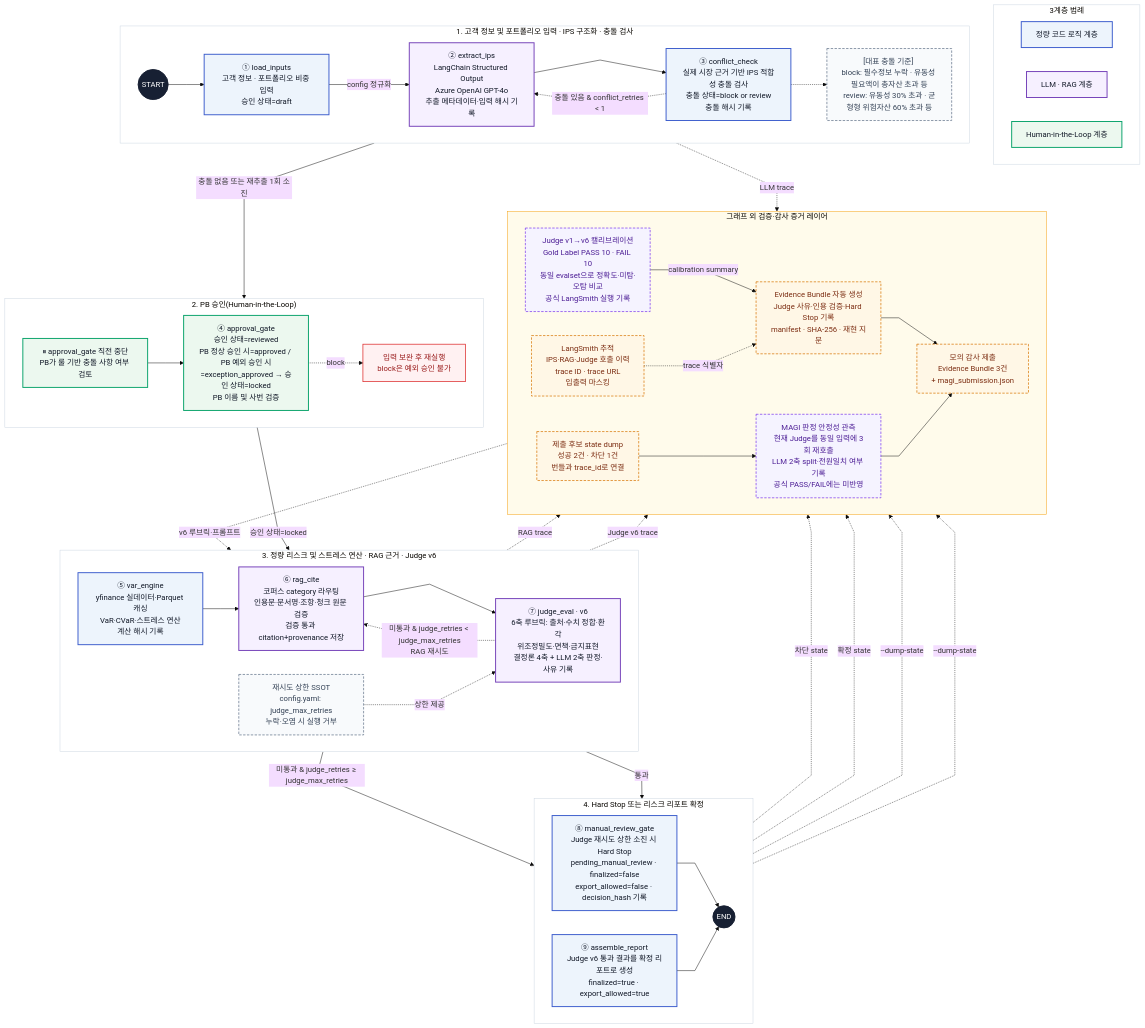
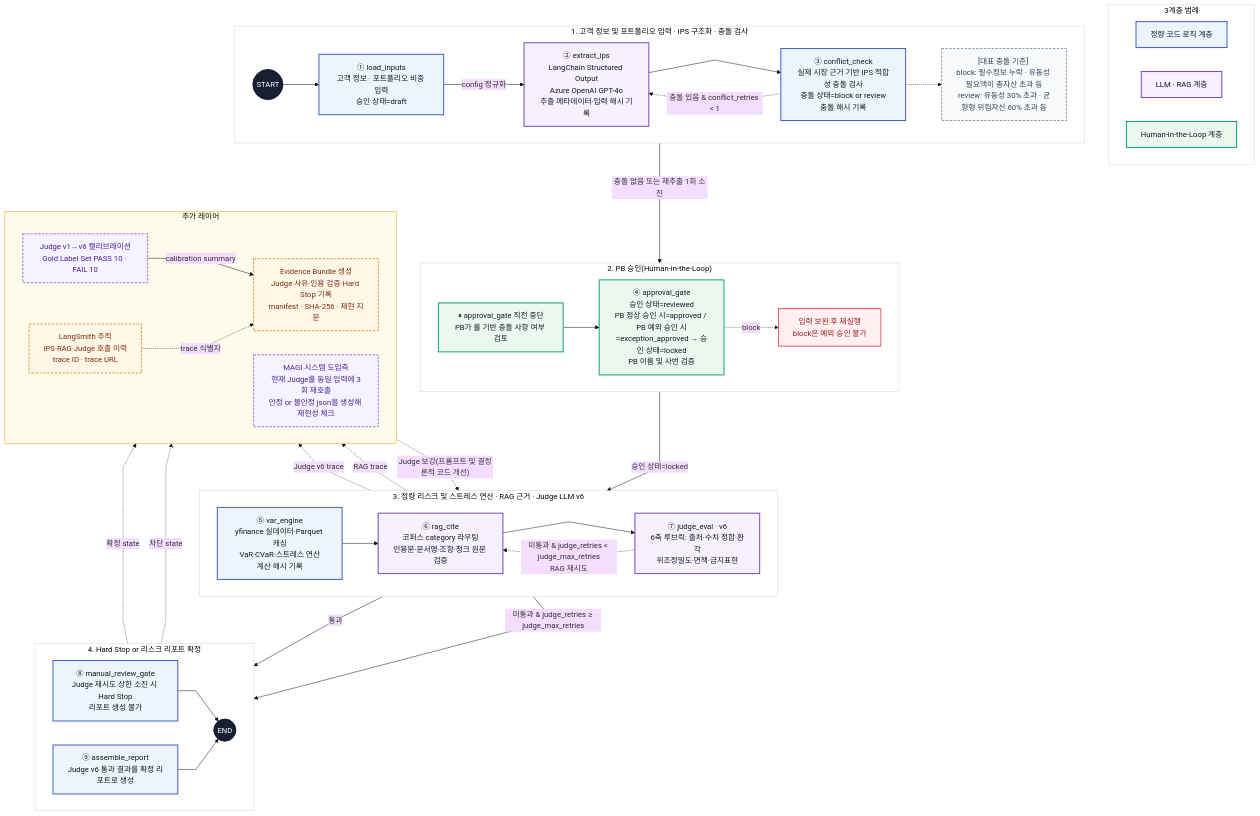
Before and after one commit to SamsungSecurities-YoungCreator-15th-4/S_Hub: the diagram in docs/mermaid.mmd, drawn with Mermaid.

Commit message:
docs: Mermaid 아키텍처 표현 간소화

```diff
--- a/docs/mermaid.mmd
+++ b/docs/mermaid.mmd
@@ -1,123 +1,113 @@
 %%{init: {"theme": "base", "flowchart": {"htmlLabels": true, "curve": "linear"}}}%%
 %% S.ymphony Mermaid 아키텍처
 %% 실제 LangGraph 노드 9개 · 실행 단계 4개 · 아키텍처 계층 3개 · 조건부 루프 2개 · HITL 1개
 %% MAGI·Evidence Bundle·LangSmith는 그래프 밖 감사·관측 레이어이며 런타임 판정을 바꾸지 않음
 flowchart TB
 
     %% 실행 흐름과 분리된 아키텍처 계층 범례
     subgraph LEGEND["3계층 범례"]
         direction LR
         KEY_DET["정량 코드 로직 계층"]
         KEY_LLM["LLM · RAG 계층"]
         KEY_HITL["Human-in-the-Loop 계층"]
     end
 
     %% 1단계: 고객 정보 및 포트폴리오 입력, IPS 구조화, 충돌 검사
     subgraph STEP1["1. 고객 정보 및 포트폴리오 입력 · IPS 구조화 · 충돌 검사"]
         direction LR
         START((START))
         N1["① load_inputs<br/>고객 정보 · 포트폴리오 비중 입력<br/>승인 상태=draft"]
         N2["② extract_ips<br/>LangChain Structured Output<br/>Azure OpenAI GPT-4o<br/>추출 메타데이터·입력 해시 기록"]
         N3["③ conflict_check<br/>실제 시장 근거 기반 IPS 적합성 충돌 검사<br/>충돌 상태=block or review<br/>충돌 해시 기록"]
         CONFLICT["[대표 충돌 기준] <br/>block: 필수정보 누락 · 유동성 필요액이 총자산 초과 등<br/>review: 유동성 30% 초과 · 균형형 위험자산 60% 초과 등"]
 
         START --> N1
         N1 -->|"config 정규화"| N2
         N2 --> N3
         N3 -. "충돌 있음 & conflict_retries < 1" .-> N2
         N3 -.-> CONFLICT
     end
 
     %% 2단계: PB 승인(Human-in-the-Loop)
     subgraph STEP2["2. PB 승인(Human-in-the-Loop)"]
         direction LR
         PAUSE["⏸ approval_gate 직전 중단<br/>PB가 룰 기반 충돌 사항 여부 검토"]
         N4["④ approval_gate<br/>승인 상태=reviewed<br/>PB 정상 승인 시=approved / PB 예외 승인 시=exception_approved → 승인 상태=locked<br/>PB 이름 및 사번 검증"]
         STOP["입력 보완 후 재실행<br/>block은 예외 승인 불가"]
 
         PAUSE --> N4
         N4 -. "block" .-> STOP
     end
 
     %% 3단계: 정량 리스크 엔진, XAI, Judge v6 검증 및 추적
-    subgraph STEP3["3. 정량 리스크 및 스트레스 연산 · RAG 근거 · Judge v6"]
+    subgraph STEP3["3. 정량 리스크 및 스트레스 연산 · RAG 근거 · Judge LLM v6"]
         direction LR
         N5["⑤ var_engine<br/>yfinance 실데이터·Parquet 캐싱<br/>VaR·CVaR·스트레스 연산<br/>계산 해시 기록"]
-        N6["⑥ rag_cite<br/>코퍼스 category 라우팅<br/>인용문·문서명·조항·청크 원문 검증<br/>검증 통과 citation+provenance 저장"]
-        N7["⑦ judge_eval · v6<br/>6축 루브릭: 출처·수치 정합·환각<br/>위조정밀도·면책·금지표현<br/>결정론 4축 + LLM 2축 판정·사유 기록"]
-        RETRY["재시도 상한 SSOT<br/>config.yaml: judge_max_retries<br/>누락·오염 시 실행 거부"]
+        N6["⑥ rag_cite<br/>코퍼스 category 라우팅<br/>인용문·문서명·조항·청크 원문 검증"]
+        N7["⑦ judge_eval · v6<br/>6축 루브릭: 출처·수치 정합·환각<br/>위조정밀도·면책·금지표현"]
 
         N5 --> N6
         N6 --> N7
         N7 -. "미통과 & judge_retries < judge_max_retries<br/>RAG 재시도" .-> N6
-        RETRY -. "상한 제공" .-> N7
     end
 
     %% 4단계: Hard Stop 또는 최종 리스크 리포트 확정
-    subgraph STEP4["4. Hard Stop 또는 리스크 리포트 확정"]
+    subgraph STEP4["4. Hard Stop or 리스크 리포트 확정"]
         direction LR
-        N8["⑧ manual_review_gate<br/>Judge 재시도 상한 소진 시 Hard Stop<br/>pending_manual_review · finalized=false<br/>export_allowed=false · decision_hash 기록"]
-        N9["⑨ assemble_report<br/>Judge v6 통과 결과를 확정 리포트로 생성<br/>finalized=true · export_allowed=true"]
+        N8["⑧ manual_review_gate<br/>Judge 재시도 상한 소진 시 Hard Stop<br/>리포트 생성 불가"]
+        N9["⑨ assemble_report<br/>Judge v6 통과 결과를 확정 리포트로 생성"]
         END((END))
 
         N8 --> END
         N9 --> END
     end
 
     %% 단계 간 기본 실행 경로
     N3 -->|"충돌 없음 또는 재추출 1회 소진"| PAUSE
     N4 -->|"승인 상태=locked"| N5
     N7 -->|"미통과 & judge_retries ≥ judge_max_retries"| N8
     N7 -->|"통과"| N9
 
     %% 그래프 외 감사·관측 레이어: 런타임 판정과 분리
-    subgraph PROOF["그래프 외 검증·감사 증거 레이어"]
+    subgraph PROOF["추가 레이어"]
         direction LR
-        CAL["Judge v1→v6 캘리브레이션<br/>Gold Label PASS 10 · FAIL 10<br/>동일 evalset으로 정확도·미탐·오탐 비교<br/>공식 LangSmith 실행 기록"]
-        TRACE["LangSmith 추적<br/>IPS·RAG·Judge 호출 이력<br/>trace ID · trace URL<br/>입출력 마스킹"]
-        BUNDLE["Evidence Bundle 자동 생성<br/>Judge 사유·인용 검증·Hard Stop 기록<br/>manifest · SHA-256 · 재현 지문"]
-        STATE["제출 후보 state dump<br/>성공 2건 · 차단 1건<br/>번들과 trace_id로 연결"]
-        MAGI["MAGI 판정 안정성 관측<br/>현재 Judge를 동일 입력에 3회 재호출<br/>LLM 2축 split·전원일치 여부 기록<br/>공식 PASS/FAIL에는 미반영"]
-        SUBMIT["모의 감사 제출<br/>Evidence Bundle 3건<br/>+ magi_submission.json"]
+        CAL["Judge v1→v6 캘리브레이션<br/>Gold Label Set PASS 10 · FAIL 10"]
+        TRACE["LangSmith 추적<br/>IPS·RAG·Judge 호출 이력<br/>trace ID · trace URL"]
+        BUNDLE["Evidence Bundle 생성<br/>Judge 사유·인용 검증·Hard Stop 기록<br/>manifest · SHA-256 · 재현 지문"]
+        MAGI["MAGI 시스템 도입측<br/>현재 Judge를 동일 입력에 3회 재호출<br/>안정 or 불안정 json을 생성해 재현성 체크"]
 
         CAL -->|"calibration summary"| BUNDLE
-        BUNDLE --> SUBMIT
-        STATE --> MAGI
-        MAGI --> SUBMIT
     end
 
-    CAL -. "v6 루브릭·프롬프트" .-> N7
-    N2 -. "LLM trace" .-> TRACE
+    CAL -. "Judge 보강(프롬프트 및 결정론적 코드 개선)" .-> N7
     N6 -. "RAG trace" .-> TRACE
     N7 -. "Judge v6 trace" .-> TRACE
     N8 -. "차단 state" .-> BUNDLE
     N9 -. "확정 state" .-> BUNDLE
-    N8 -. "--dump-state" .-> STATE
-    N9 -. "--dump-state" .-> STATE
     TRACE -. "trace 식별자" .-> BUNDLE
 
     %% 3계층은 실행 순서를 유지한 채 노드 색상으로 구분
     classDef deterministic fill:#EDF4FC,stroke:#3B5CCC,color:#111827,stroke-width:2px;
     classDef llmNode fill:#F6F0FF,stroke:#7440B8,color:#111827,stroke-width:2px;
     classDef hitlNode fill:#ECF8EF,stroke:#08A26A,color:#111827,stroke-width:2px;
     classDef terminal fill:#172033,stroke:#172033,color:#FFFFFF,stroke-width:2px;
     classDef stop fill:#FFF1F2,stroke:#DC2626,color:#991B1B,stroke-width:1.5px;
     classDef audit fill:#FFF7E6,stroke:#D97706,color:#7C2D12,stroke-width:1.5px,stroke-dasharray:5 3;
     classDef stability fill:#F5F3FF,stroke:#7C3AED,color:#4C1D95,stroke-width:1.5px,stroke-dasharray:5 3;
     classDef note fill:#F8FAFC,stroke:#64748B,color:#334155,stroke-width:1.5px,stroke-dasharray:5 3;
 
     class KEY_DET,N1,N3,N5,N8,N9 deterministic;
     class KEY_LLM,N2,N6,N7 llmNode;
     class KEY_HITL,PAUSE,N4 hitlNode;
     class START,END terminal;
     class STOP stop;
-    class TRACE,BUNDLE,STATE,SUBMIT audit;
+    class TRACE,BUNDLE audit;
     class CAL,MAGI stability;
-    class CONFLICT,RETRY note;
+    class CONFLICT note;
 
     style LEGEND fill:#FFFFFF,stroke:#CBD5E1,stroke-width:1px
     style STEP1 fill:#FFFFFF,stroke:#CBD5E1,stroke-width:1px
     style STEP2 fill:#FFFFFF,stroke:#CBD5E1,stroke-width:1px
     style STEP3 fill:#FFFFFF,stroke:#CBD5E1,stroke-width:1px
     style STEP4 fill:#FFFFFF,stroke:#CBD5E1,stroke-width:1px
     style PROOF fill:#FFFBEB,stroke:#F59E0B,stroke-width:1px
```
